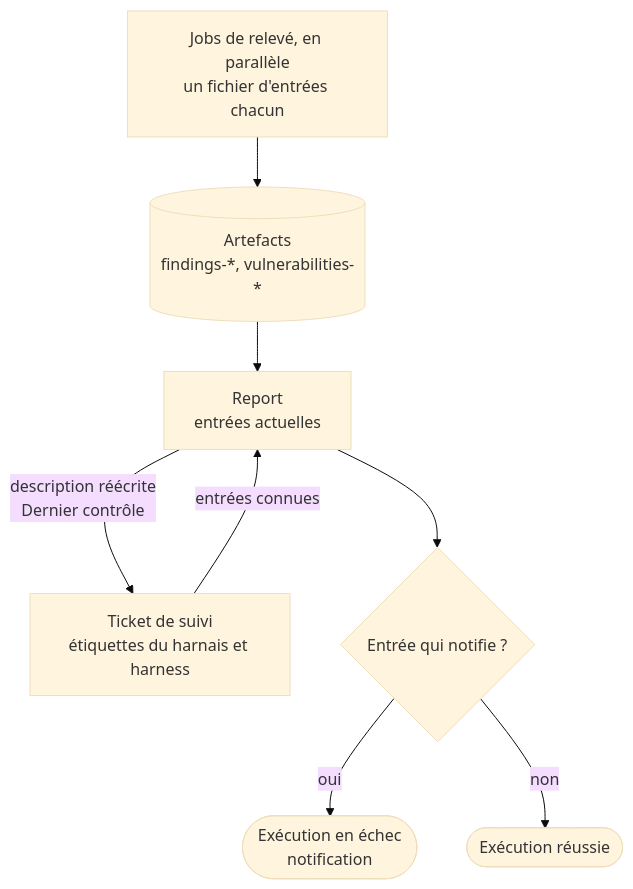
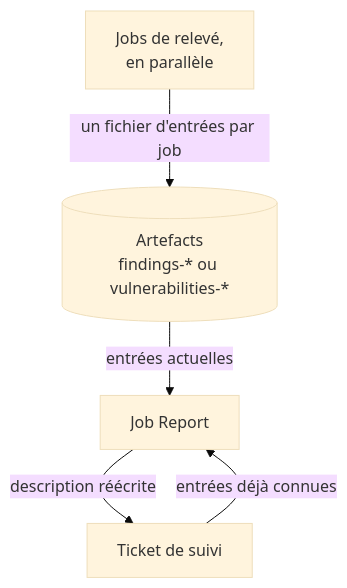
The diagram in docs/tech/integration-et-tests/controles-periodiques.md (Tetram76/bdtheque-claude), drawn with Mermaid (base theme) before and after one commit. The commit also changed other lines of this file and 41 other files, not shown here.

````diff
--- a/docs/tech/integration-et-tests/controles-periodiques.md
+++ b/docs/tech/integration-et-tests/controles-periodiques.md
@@ -18,10 +22,12 @@
 ```mermaid
-flowchart TD
-    jobs["Jobs de relevé, en parallèle<br/>un fichier d'entrées chacun"] --> artifacts[("Artefacts<br/>findings-*, vulnerabilities-*")]
-    artifacts --> report["Report<br/>entrées actuelles"]
-    issue["Ticket de suivi<br/>étiquettes du harnais et harness"] -->|entrées connues| report
-    report -->|description réécrite<br/>Dernier contrôle| issue
-    report --> state{"Entrée qui notifie ?"}
-    state -->|oui| fail(["Exécution en échec<br/>notification"])
-    state -->|non| ok(["Exécution réussie"])
+flowchart TB
+    jobs["Jobs de relevé,<br/>en parallèle"]
+    artifacts[("Artefacts<br/>findings-* ou vulnerabilities-*")]
+    report["Job Report"]
+    issue["Ticket de suivi"]
+
+    jobs -- "un fichier d'entrées par job" --> artifacts
+    artifacts -- "entrées actuelles" --> report
+    issue -- "entrées déjà connues" --> report
+    report -- "description réécrite" --> issue
 ```
````
